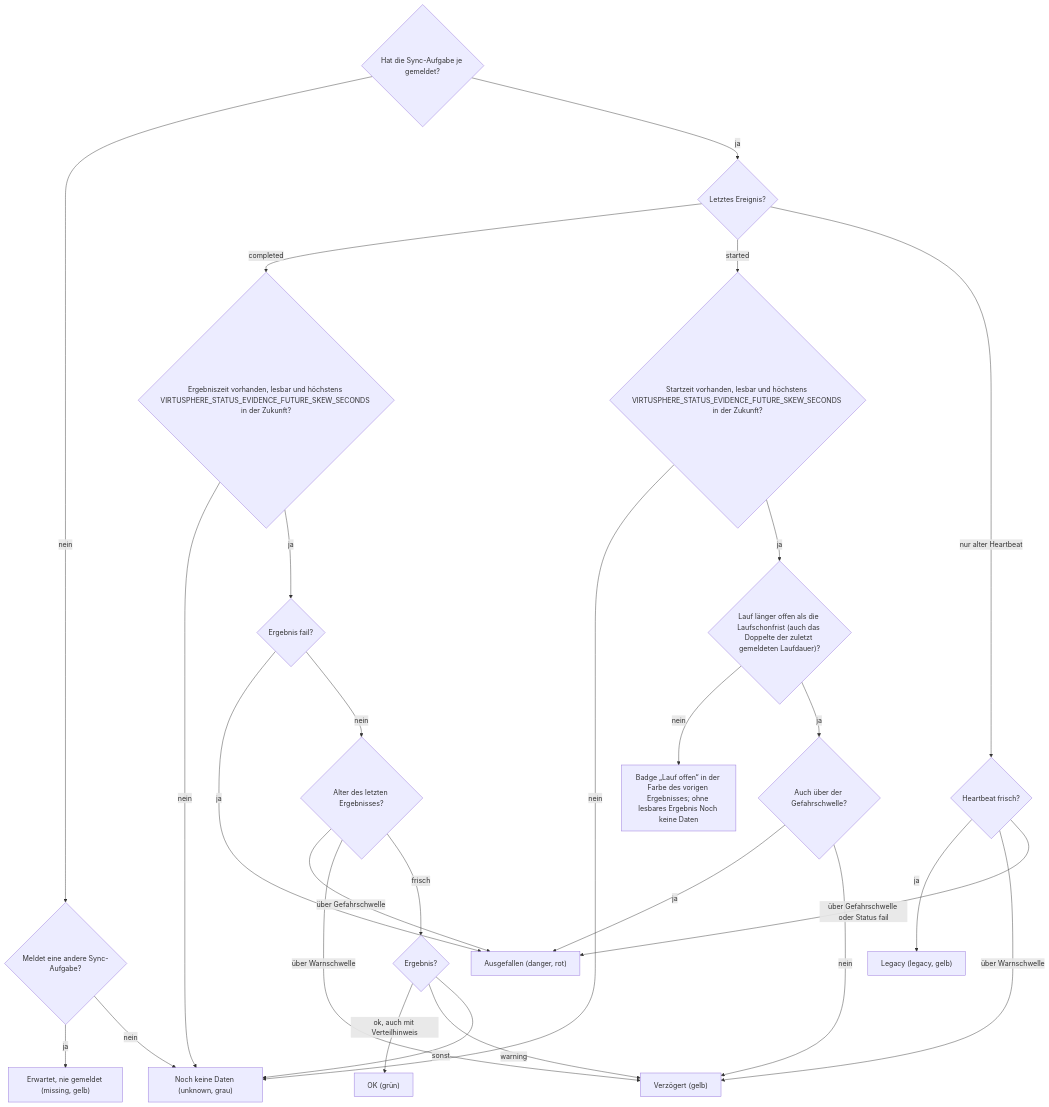
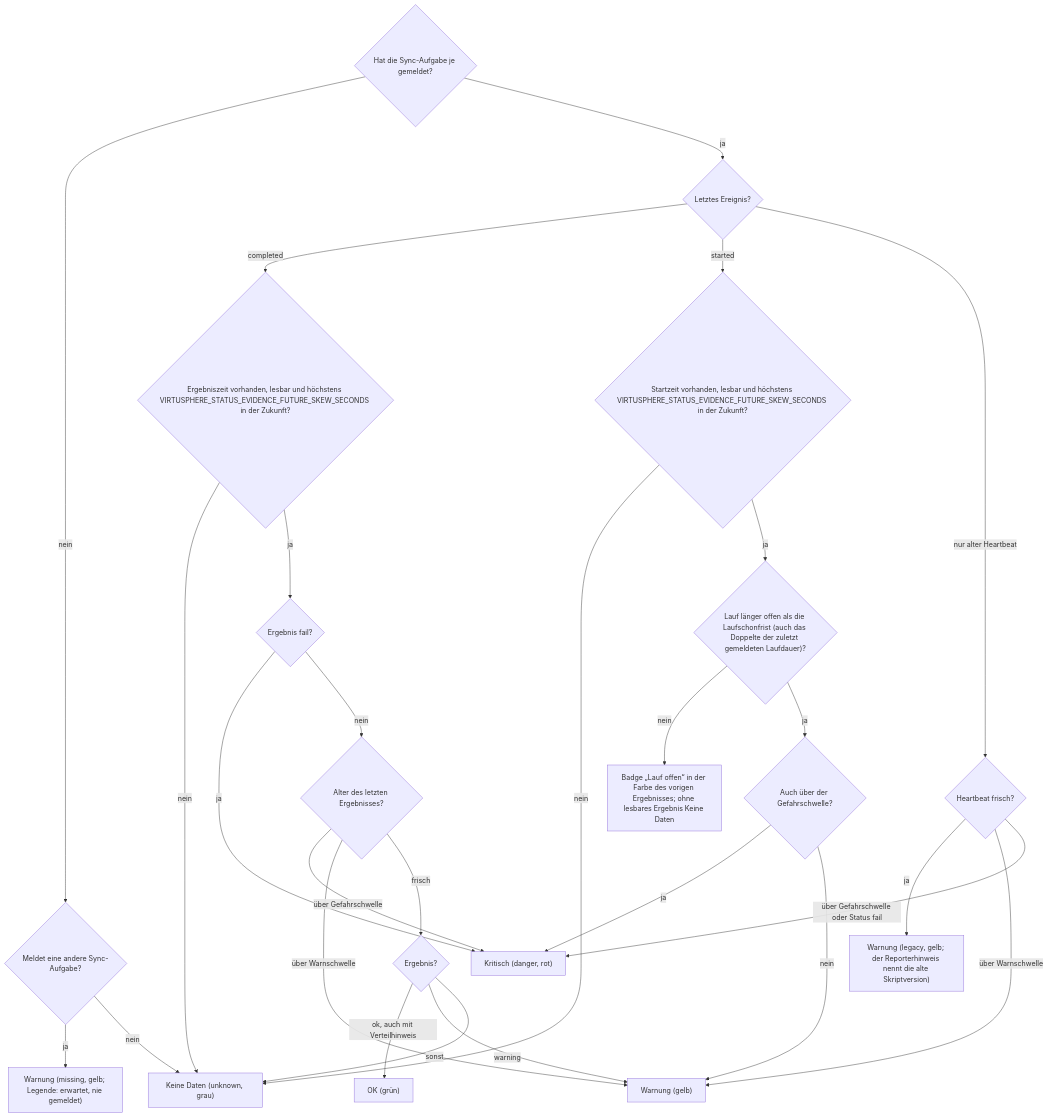
The fourth of 10 diagrams in docs/operations/system-status-checks.md (Samy94M/VirtuSphere-v2-WebApp), drawn with Mermaid before and after one commit. The commit also changed other lines of this file and 62 other files, not shown here.

````diff
--- a/docs/operations/system-status-checks.md
+++ b/docs/operations/system-status-checks.md
@@ -63,29 +135,29 @@
 ```mermaid
 flowchart TD
   A{"Hat die Sync-Aufgabe je gemeldet?"} -->|nein| A1{"Meldet eine andere Sync-Aufgabe?"}
-  A1 -->|ja| MI["Erwartet, nie gemeldet (missing, gelb)"]
-  A1 -->|nein| UK["Noch keine Daten (unknown, grau)"]
+  A1 -->|ja| MI["Warnung (missing, gelb; Legende: erwartet, nie gemeldet)"]
+  A1 -->|nein| UK["Keine Daten (unknown, grau)"]
   A -->|ja| L{"Letztes Ereignis?"}
   L -->|completed| CT{"Ergebniszeit vorhanden, lesbar und höchstens VIRTUSPHERE_STATUS_EVIDENCE_FUTURE_SKEW_SECONDS in der Zukunft?"}
   CT -->|nein| UK
   CT -->|ja| CP{"Ergebnis fail?"}
-  CP -->|ja| RD["Ausgefallen (danger, rot)"]
+  CP -->|ja| RD["Kritisch (danger, rot)"]
   CP -->|nein| CA{"Alter des letzten Ergebnisses?"}
   CA -->|über Gefahrschwelle| RD
-  CA -->|über Warnschwelle| YL["Verzögert (gelb)"]
+  CA -->|über Warnschwelle| YL["Warnung (gelb)"]
   CA -->|frisch| CO{"Ergebnis?"}
   CO -->|ok, auch mit Verteilhinweis| GR["OK (grün)"]
   CO -->|warning| YL
   CO -->|sonst| UK
   L -->|started| SZ{"Startzeit vorhanden, lesbar und höchstens VIRTUSPHERE_STATUS_EVIDENCE_FUTURE_SKEW_SECONDS in der Zukunft?"}
   SZ -->|nein| UK
   SZ -->|ja| ST{"Lauf länger offen als die Laufschonfrist (auch das Doppelte der zuletzt gemeldeten Laufdauer)?"}
-  ST -->|nein| SR["Badge „Lauf offen“ in der Farbe des vorigen Ergebnisses; ohne lesbares Ergebnis Noch keine Daten"]
+  ST -->|nein| SR["Badge „Lauf offen“ in der Farbe des vorigen Ergebnisses; ohne lesbares Ergebnis Keine Daten"]
   ST -->|ja| SD{"Auch über der Gefahrschwelle?"}
   SD -->|ja| RD
   SD -->|nein| YL
   L -->|nur alter Heartbeat| LG{"Heartbeat frisch?"}
-  LG -->|ja| LE["Legacy (legacy, gelb)"]
+  LG -->|ja| LE["Warnung (legacy, gelb; der Reporterhinweis nennt die alte Skriptversion)"]
   LG -->|über Warnschwelle| YL
   LG -->|über Gefahrschwelle oder Status fail| RD
 ```
````
